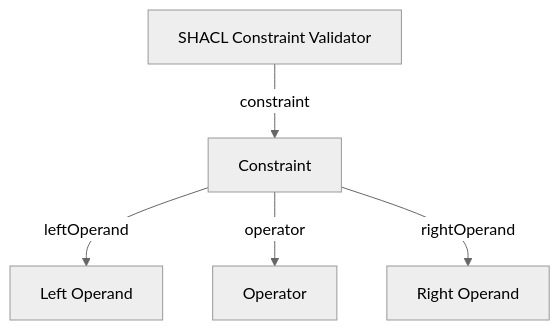
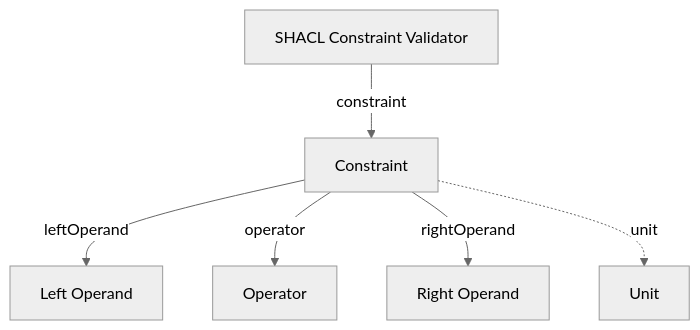
Before and after one commit to isa-group/tosl: the seventh of 7 diagrams in validator/README.md, drawn with Mermaid. The commit also changed other lines of this file and 6 other files, not shown here.

````diff
--- a/validator/README.md
+++ b/validator/README.md
@@ -157,10 +173,11 @@
 ```mermaid 
 %%{ init: { "theme": "neutral" } }%%
 flowchart TD
 
     A[SHACL Constraint Validator] -- constraint --> B[Constraint]
 
     B -- leftOperand --> C[Left Operand]
     B -- operator --> D[Operator]
     B -- rightOperand -->  E[Right Operand]
+    B -. unit .-> F[Unit]
 ```
````
